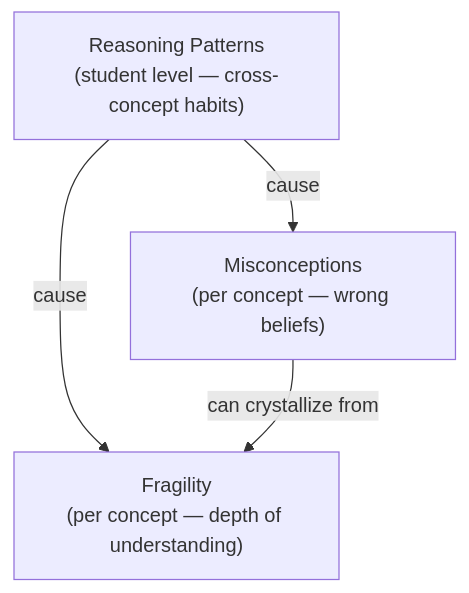
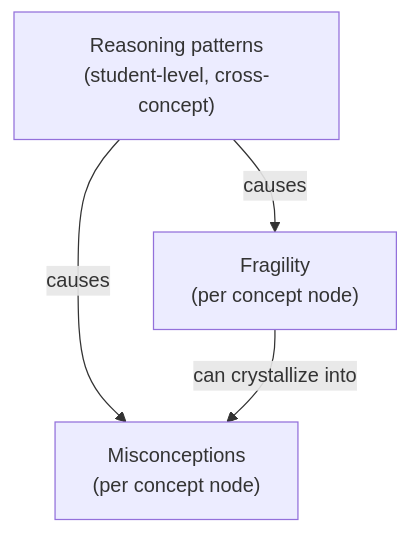
The first of 3 diagrams in src/content/docs/engine/mental-model.md (stemolly/wiki), drawn with Mermaid before and after one commit. The commit also changed other lines of this file and 21 other files, not shown here.

````diff
--- a/src/content/docs/engine/mental-model.md
+++ b/src/content/docs/engine/mental-model.md
@@ -12,10 +12,10 @@
 ```mermaid
 graph TD
-    RP["Reasoning Patterns<br/>(student level — cross-concept habits)"]
-    MC["Misconceptions<br/>(per concept — wrong beliefs)"]
-    FR["Fragility<br/>(per concept — depth of understanding)"]
+    RP["Reasoning patterns<br/>(student-level, cross-concept)"]
+    F["Fragility<br/>(per concept node)"]
+    M["Misconceptions<br/>(per concept node)"]
 
-    RP -->|"cause"| MC
-    RP -->|"cause"| FR
-    MC -->|"can crystallize from"| FR
+    RP -->|"causes"| M
+    RP -->|"causes"| F
+    F -->|"can crystallize into"| M
 ```
````
